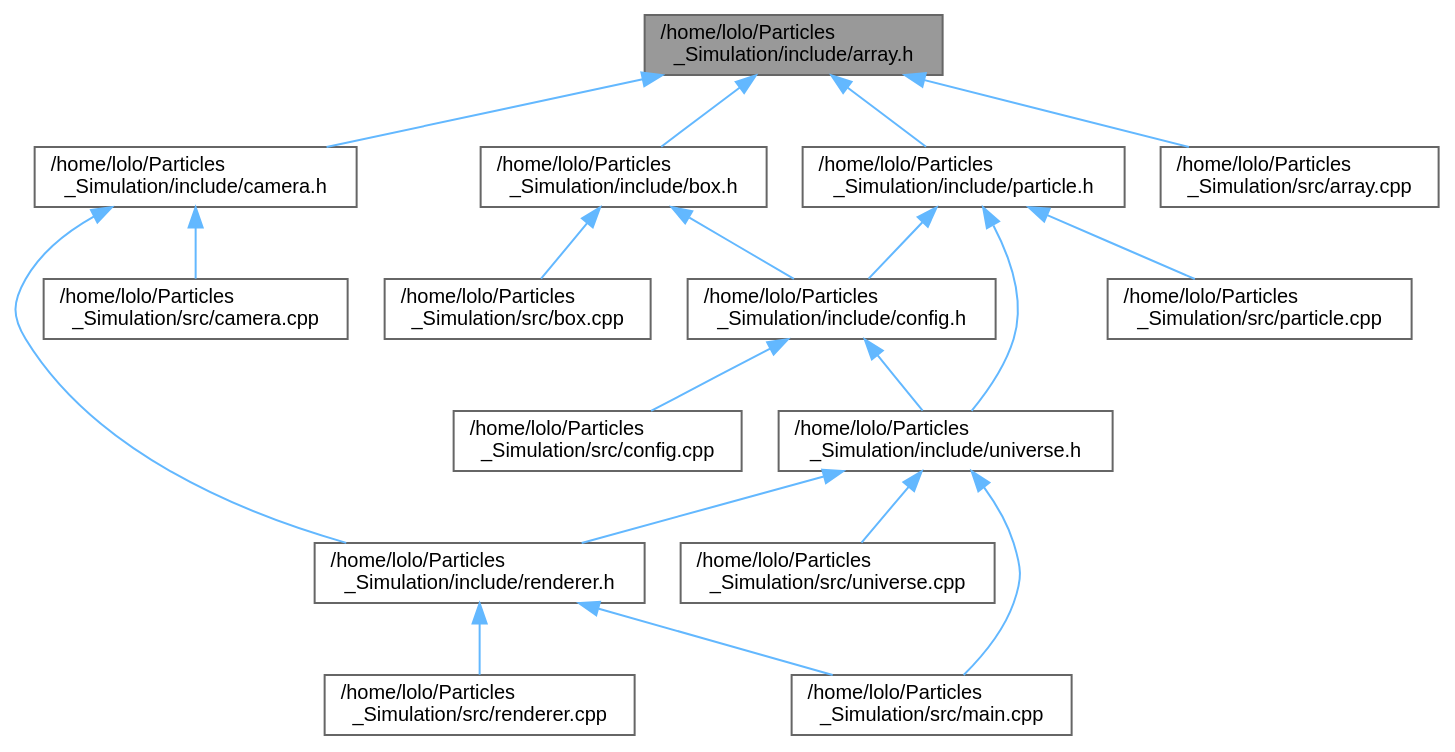
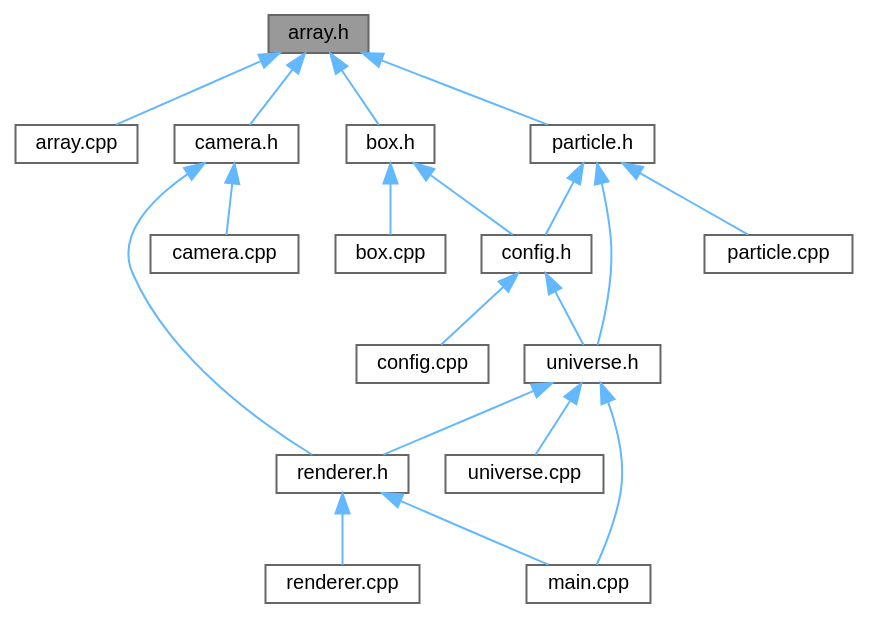
The diagram in docs/array_8h__dep__incl.dot (Kojittsu/Particles_Simulation), drawn with Graphviz before and after one commit. The commit also changed 89 other files, not shown here.

```diff
--- a/docs/array_8h__dep__incl.dot
+++ b/docs/array_8h__dep__incl.dot
@@ -1,40 +1,40 @@
-digraph "/home/lolo/Particles_Simulation/include/array.h"
+digraph "array.h"
 {
  // LATEX_PDF_SIZE
   bgcolor="transparent";
   edge [fontname=Helvetica,fontsize=10,labelfontname=Helvetica,labelfontsize=10];
   node [fontname=Helvetica,fontsize=10,shape=box,height=0.2,width=0.4];
-  Node1 [id="Node000001",label="/home/lolo/Particles\l_Simulation/include/array.h",height=0.2,width=0.4,color="gray40", fillcolor="grey60", style="filled", fontcolor="black",tooltip=" "];
+  Node1 [id="Node000001",label="array.h",height=0.2,width=0.4,color="gray40", fillcolor="grey60", style="filled", fontcolor="black",tooltip=" "];
   Node1 -> Node2 [id="edge1_Node000001_Node000002",dir="back",color="steelblue1",style="solid",tooltip=" "];
-  Node2 [id="Node000002",label="/home/lolo/Particles\l_Simulation/include/box.h",height=0.2,width=0.4,color="grey40", fillcolor="white", style="filled",URL="$box_8h.html",tooltip=" "];
-  Node2 -> Node3 [id="edge2_Node000002_Node000003",dir="back",color="steelblue1",style="solid",tooltip=" "];
-  Node3 [id="Node000003",label="/home/lolo/Particles\l_Simulation/include/config.h",height=0.2,width=0.4,color="grey40", fillcolor="white", style="filled",URL="$config_8h.html",tooltip=" "];
+  Node2 [id="Node000002",label="array.cpp",height=0.2,width=0.4,color="grey40", fillcolor="white", style="filled",URL="$array_8cpp.html",tooltip=" "];
+  Node1 -> Node3 [id="edge2_Node000001_Node000003",dir="back",color="steelblue1",style="solid",tooltip=" "];
+  Node3 [id="Node000003",label="box.h",height=0.2,width=0.4,color="grey40", fillcolor="white", style="filled",URL="$box_8h.html",tooltip=" "];
   Node3 -> Node4 [id="edge3_Node000003_Node000004",dir="back",color="steelblue1",style="solid",tooltip=" "];
-  Node4 [id="Node000004",label="/home/lolo/Particles\l_Simulation/include/universe.h",height=0.2,width=0.4,color="grey40", fillcolor="white", style="filled",URL="$universe_8h.html",tooltip=" "];
-  Node4 -> Node5 [id="edge4_Node000004_Node000005",dir="back",color="steelblue1",style="solid",tooltip=" "];
-  Node5 [id="Node000005",label="/home/lolo/Particles\l_Simulation/include/renderer.h",height=0.2,width=0.4,color="grey40", fillcolor="white", style="filled",URL="$renderer_8h.html",tooltip=" "];
+  Node4 [id="Node000004",label="box.cpp",height=0.2,width=0.4,color="grey40", fillcolor="white", style="filled",URL="$box_8cpp.html",tooltip=" "];
+  Node3 -> Node5 [id="edge4_Node000003_Node000005",dir="back",color="steelblue1",style="solid",tooltip=" "];
+  Node5 [id="Node000005",label="config.h",height=0.2,width=0.4,color="grey40", fillcolor="white", style="filled",URL="$config_8h.html",tooltip=" "];
   Node5 -> Node6 [id="edge5_Node000005_Node000006",dir="back",color="steelblue1",style="solid",tooltip=" "];
-  Node6 [id="Node000006",label="/home/lolo/Particles\l_Simulation/src/main.cpp",height=0.2,width=0.4,color="grey40", fillcolor="white", style="filled",URL="$main_8cpp.html",tooltip=" "];
+  Node6 [id="Node000006",label="config.cpp",height=0.2,width=0.4,color="grey40", fillcolor="white", style="filled",URL="$config_8cpp.html",tooltip=" "];
   Node5 -> Node7 [id="edge6_Node000005_Node000007",dir="back",color="steelblue1",style="solid",tooltip=" "];
-  Node7 [id="Node000007",label="/home/lolo/Particles\l_Simulation/src/renderer.cpp",height=0.2,width=0.4,color="grey40", fillcolor="white", style="filled",URL="$renderer_8cpp.html",tooltip=" "];
-  Node4 -> Node6 [id="edge7_Node000004_Node000006",dir="back",color="steelblue1",style="solid",tooltip=" "];
-  Node4 -> Node8 [id="edge8_Node000004_Node000008",dir="back",color="steelblue1",style="solid",tooltip=" "];
-  Node8 [id="Node000008",label="/home/lolo/Particles\l_Simulation/src/universe.cpp",height=0.2,width=0.4,color="grey40", fillcolor="white", style="filled",URL="$universe_8cpp.html",tooltip=" "];
-  Node3 -> Node9 [id="edge9_Node000003_Node000009",dir="back",color="steelblue1",style="solid",tooltip=" "];
-  Node9 [id="Node000009",label="/home/lolo/Particles\l_Simulation/src/config.cpp",height=0.2,width=0.4,color="grey40", fillcolor="white", style="filled",URL="$config_8cpp.html",tooltip=" "];
-  Node2 -> Node10 [id="edge10_Node000002_Node000010",dir="back",color="steelblue1",style="solid",tooltip=" "];
-  Node10 [id="Node000010",label="/home/lolo/Particles\l_Simulation/src/box.cpp",height=0.2,width=0.4,color="grey40", fillcolor="white", style="filled",URL="$box_8cpp.html",tooltip=" "];
-  Node1 -> Node11 [id="edge11_Node000001_Node000011",dir="back",color="steelblue1",style="solid",tooltip=" "];
-  Node11 [id="Node000011",label="/home/lolo/Particles\l_Simulation/include/camera.h",height=0.2,width=0.4,color="grey40", fillcolor="white", style="filled",URL="$camera_8h.html",tooltip=" "];
-  Node11 -> Node5 [id="edge12_Node000011_Node000005",dir="back",color="steelblue1",style="solid",tooltip=" "];
-  Node11 -> Node12 [id="edge13_Node000011_Node000012",dir="back",color="steelblue1",style="solid",tooltip=" "];
-  Node12 [id="Node000012",label="/home/lolo/Particles\l_Simulation/src/camera.cpp",height=0.2,width=0.4,color="grey40", fillcolor="white", style="filled",URL="$camera_8cpp.html",tooltip=" "];
-  Node1 -> Node13 [id="edge14_Node000001_Node000013",dir="back",color="steelblue1",style="solid",tooltip=" "];
-  Node13 [id="Node000013",label="/home/lolo/Particles\l_Simulation/include/particle.h",height=0.2,width=0.4,color="grey40", fillcolor="white", style="filled",URL="$particle_8h.html",tooltip=" "];
-  Node13 -> Node3 [id="edge15_Node000013_Node000003",dir="back",color="steelblue1",style="solid",tooltip=" "];
-  Node13 -> Node4 [id="edge16_Node000013_Node000004",dir="back",color="steelblue1",style="solid",tooltip=" "];
-  Node13 -> Node14 [id="edge17_Node000013_Node000014",dir="back",color="steelblue1",style="solid",tooltip=" "];
-  Node14 [id="Node000014",label="/home/lolo/Particles\l_Simulation/src/particle.cpp",height=0.2,width=0.4,color="grey40", fillcolor="white", style="filled",URL="$particle_8cpp.html",tooltip=" "];
-  Node1 -> Node15 [id="edge18_Node000001_Node000015",dir="back",color="steelblue1",style="solid",tooltip=" "];
-  Node15 [id="Node000015",label="/home/lolo/Particles\l_Simulation/src/array.cpp",height=0.2,width=0.4,color="grey40", fillcolor="white", style="filled",URL="$array_8cpp.html",tooltip=" "];
+  Node7 [id="Node000007",label="universe.h",height=0.2,width=0.4,color="grey40", fillcolor="white", style="filled",URL="$universe_8h.html",tooltip=" "];
+  Node7 -> Node8 [id="edge7_Node000007_Node000008",dir="back",color="steelblue1",style="solid",tooltip=" "];
+  Node8 [id="Node000008",label="main.cpp",height=0.2,width=0.4,color="grey40", fillcolor="white", style="filled",URL="$main_8cpp.html",tooltip=" "];
+  Node7 -> Node9 [id="edge8_Node000007_Node000009",dir="back",color="steelblue1",style="solid",tooltip=" "];
+  Node9 [id="Node000009",label="renderer.h",height=0.2,width=0.4,color="grey40", fillcolor="white", style="filled",URL="$renderer_8h.html",tooltip=" "];
+  Node9 -> Node8 [id="edge9_Node000009_Node000008",dir="back",color="steelblue1",style="solid",tooltip=" "];
+  Node9 -> Node10 [id="edge10_Node000009_Node000010",dir="back",color="steelblue1",style="solid",tooltip=" "];
+  Node10 [id="Node000010",label="renderer.cpp",height=0.2,width=0.4,color="grey40", fillcolor="white", style="filled",URL="$renderer_8cpp.html",tooltip=" "];
+  Node7 -> Node11 [id="edge11_Node000007_Node000011",dir="back",color="steelblue1",style="solid",tooltip=" "];
+  Node11 [id="Node000011",label="universe.cpp",height=0.2,width=0.4,color="grey40", fillcolor="white", style="filled",URL="$universe_8cpp.html",tooltip=" "];
+  Node1 -> Node12 [id="edge12_Node000001_Node000012",dir="back",color="steelblue1",style="solid",tooltip=" "];
+  Node12 [id="Node000012",label="camera.h",height=0.2,width=0.4,color="grey40", fillcolor="white", style="filled",URL="$camera_8h.html",tooltip=" "];
+  Node12 -> Node13 [id="edge13_Node000012_Node000013",dir="back",color="steelblue1",style="solid",tooltip=" "];
+  Node13 [id="Node000013",label="camera.cpp",height=0.2,width=0.4,color="grey40", fillcolor="white", style="filled",URL="$camera_8cpp.html",tooltip=" "];
+  Node12 -> Node9 [id="edge14_Node000012_Node000009",dir="back",color="steelblue1",style="solid",tooltip=" "];
+  Node1 -> Node14 [id="edge15_Node000001_Node000014",dir="back",color="steelblue1",style="solid",tooltip=" "];
+  Node14 [id="Node000014",label="particle.h",height=0.2,width=0.4,color="grey40", fillcolor="white", style="filled",URL="$particle_8h.html",tooltip=" "];
+  Node14 -> Node5 [id="edge16_Node000014_Node000005",dir="back",color="steelblue1",style="solid",tooltip=" "];
+  Node14 -> Node15 [id="edge17_Node000014_Node000015",dir="back",color="steelblue1",style="solid",tooltip=" "];
+  Node15 [id="Node000015",label="particle.cpp",height=0.2,width=0.4,color="grey40", fillcolor="white", style="filled",URL="$particle_8cpp.html",tooltip=" "];
+  Node14 -> Node7 [id="edge18_Node000014_Node000007",dir="back",color="steelblue1",style="solid",tooltip=" "];
 }
```
